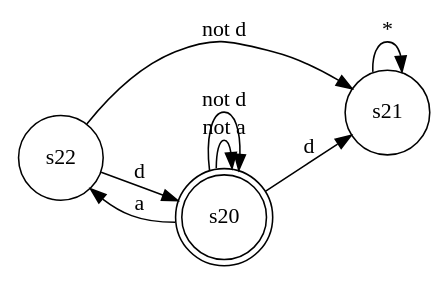
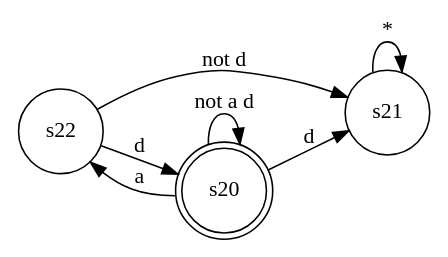
Before and after one commit to Aleee01/DeclareToPDDL: the diagram in Grounding/A2.dot, drawn with Graphviz. The commit also changed 4 other files, not shown here.

```diff
--- a/Grounding/A2.dot
+++ b/Grounding/A2.dot
@@ -1,19 +1,18 @@
 digraph ChainSuccession {
     rankdir=LR;
     
     // Stati
     s21 [shape = circle];
     s22 [shape = circle];
     
     // Stato finale
     s20 [shape = doublecircle, initial = true];
     
     // Transizioni
-    s20 -> s20 [label="not a"];
-    s20 -> s20 [label="not d"];
+    s20 -> s20 [label="not a d"];
     s20 -> s21 [label="d"];
     s20 -> s22 [label="a"];
     s22 -> s20 [label="d"];
     s22 -> s21 [label="not d"];
     s21 -> s21 [label="*"];
 }
```
